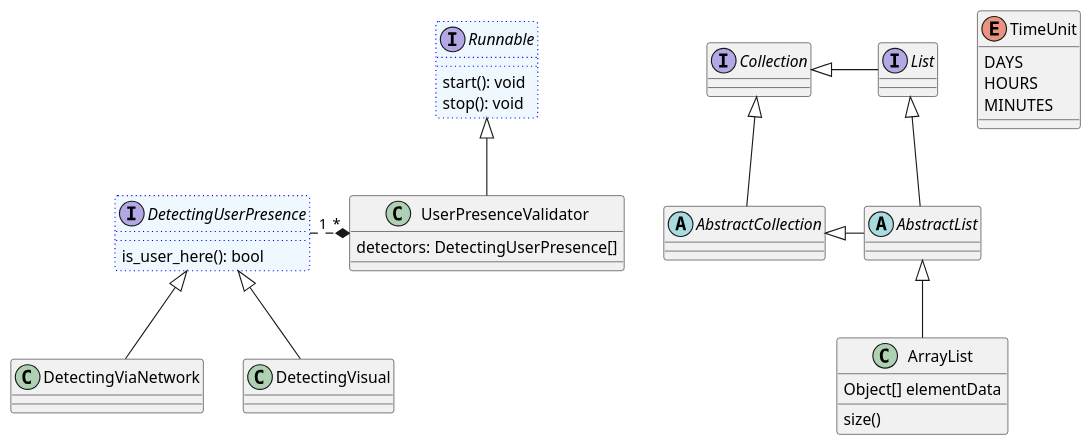
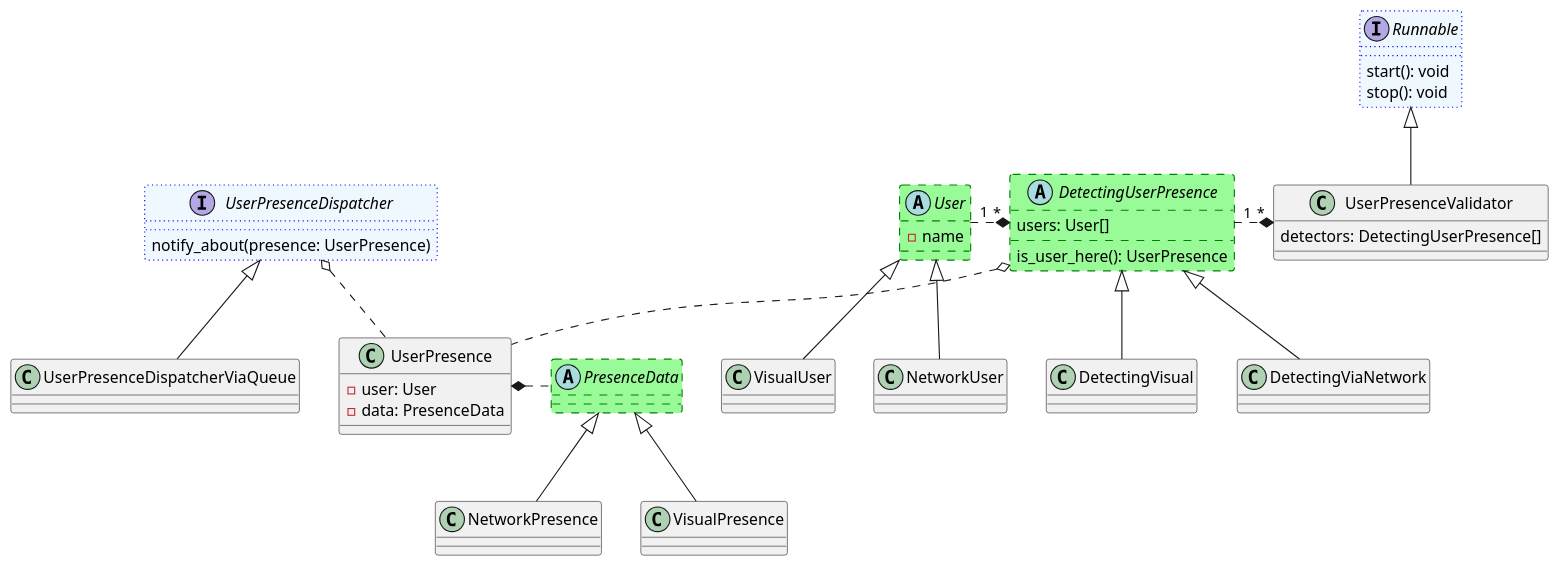
One commit to saratoga8/motion_notifier changed the diagram in docs/classes/auth.puml. Above: the diagram before and after it, drawn with PlantUML. The commit also changed 1 other file, not shown here.

```diff
--- a/docs/classes/auth.puml
+++ b/docs/classes/auth.puml
@@ -1,51 +1,64 @@
 @startuml
 'https://plantuml.com/class-diagram
 
-abstract class AbstractList
-abstract AbstractCollection
-interface List
-interface Collection
+abstract class User #palegreen ##[dashed]green {
+ - name
+}
+class NetworkUser
+class VisualUser
+
+
+User <|-- NetworkUser
+User <|-- VisualUser
 
 class UserPresenceValidator {
    detectors: DetectingUserPresence[]
 }
 
-interface DetectingUserPresence #aliceblue ##[dotted]blue {
-    is_user_here(): bool
+abstract class DetectingUserPresence #palegreen ##[dashed]green {
+    users: User[]
+    is_user_here(): UserPresence
 }
 
 interface Runnable #aliceblue ##[dotted]blue {
    start(): void
    stop(): void
 }
 
+interface UserPresenceDispatcher #aliceblue ##[dotted]blue {
+  notify_about(presence: UserPresence)
+}
+
+class UserPresenceDispatcherViaQueue
+
+class UserPresence {
+  - user: User
+  - data: PresenceData
+}
+
+abstract class PresenceData #palegreen ##[dashed]green {
+}
+
+ PresenceData <|-- NetworkPresence
+ PresenceData <|-- VisualPresence
+
 class DetectingViaNetwork
 class DetectingVisual
 
 DetectingUserPresence <|-- DetectingViaNetwork
 DetectingUserPresence  <|-- DetectingVisual
 
+UserPresenceDispatcher <|-down- UserPresenceDispatcherViaQueue
+
+DetectingUserPresence "*" *.left "1" User
+
+
 Runnable <|-- UserPresenceValidator
 
 
 UserPresenceValidator "*" *.left. "1" DetectingUserPresence
-
-List <|-- AbstractList
-Collection <|-- AbstractCollection
-
-Collection <|- List
-AbstractCollection <|- AbstractList
-AbstractList <|-- ArrayList
-
-class ArrayList {
-Object[] elementData
-size()
-}
-
-enum TimeUnit {
-DAYS
-HOURS
-MINUTES
-}
+UserPresence *. PresenceData
+UserPresenceDispatcher o.. UserPresence
+DetectingUserPresence o.. UserPresence
 
 @enduml
```
